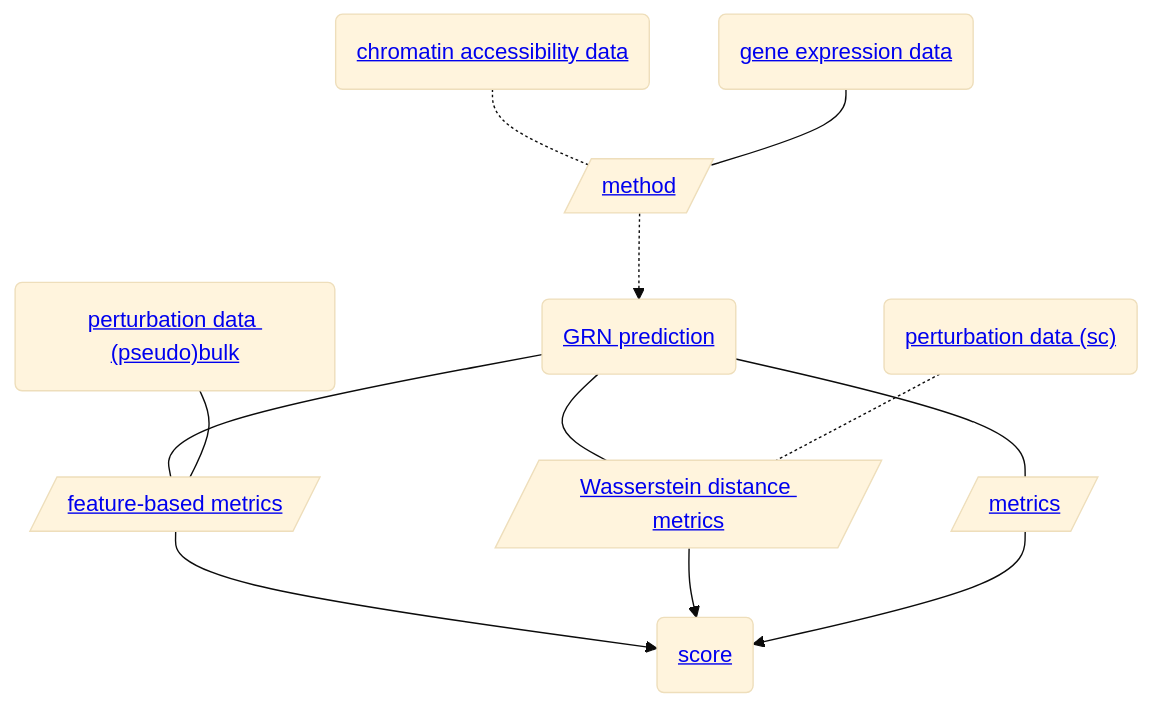
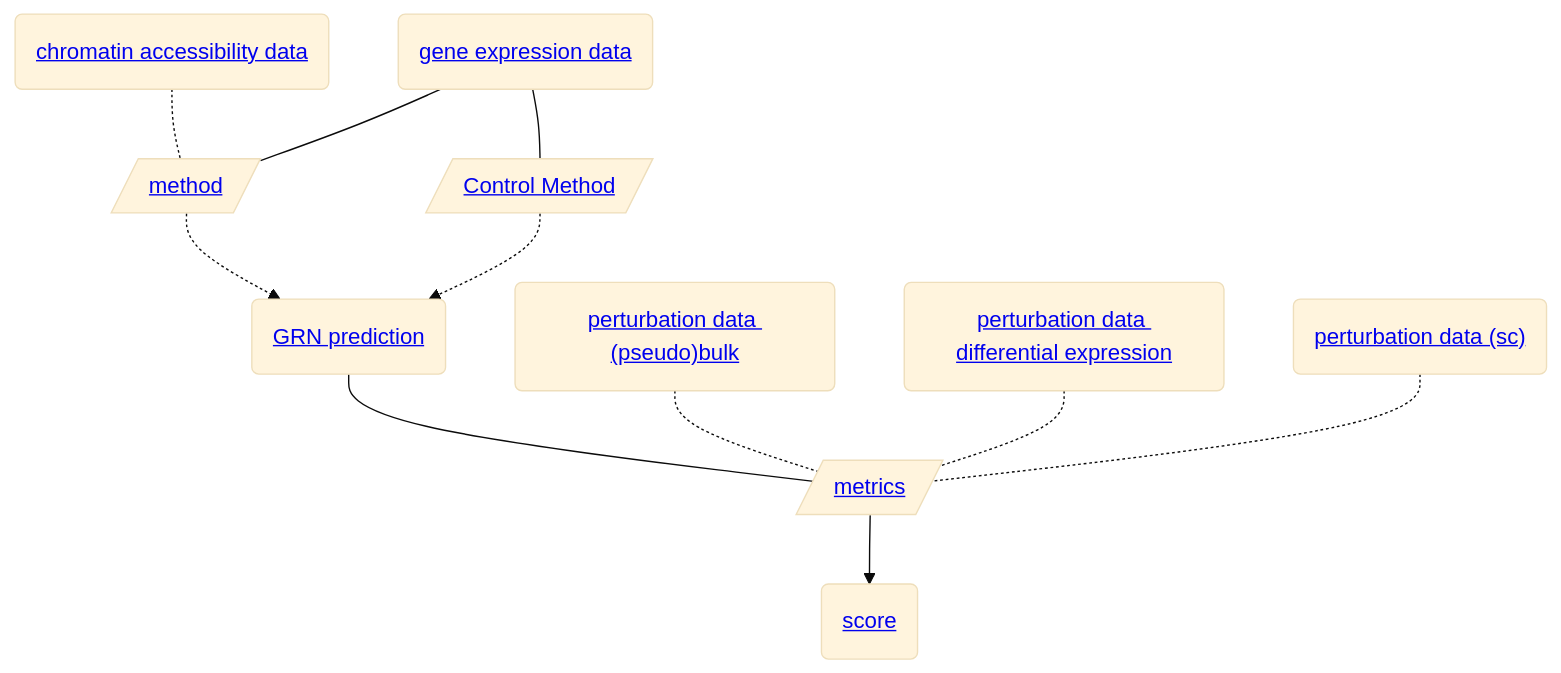
Before and after one commit to openproblems-bio/task_grn_inference: the diagram in README.md, drawn with Mermaid (base theme). The commit also changed other lines of this file and 22 other files, not shown here.

````diff
--- a/README.md
+++ b/README.md
@@ -119,24 +60,23 @@
 ``` mermaid
 flowchart TB
   file_atac_h5ad("<a href='https://github.com/openproblems-bio/task_grn_inference#file-format-chromatin-accessibility-data'>chromatin accessibility data</a>")
   comp_method[/"<a href='https://github.com/openproblems-bio/task_grn_inference#component-type-method'>method</a>"/]
   file_prediction_h5ad("<a href='https://github.com/openproblems-bio/task_grn_inference#file-format-grn-prediction'>GRN prediction</a>")
-  comp_metric_regression[/"<a href='https://github.com/openproblems-bio/task_grn_inference#component-type-feature-based-metrics'>feature-based metrics</a>"/]
-  comp_metric_ws[/"<a href='https://github.com/openproblems-bio/task_grn_inference#component-type-wasserstein-distance-metrics'>Wasserstein distance metrics</a>"/]
   comp_metric[/"<a href='https://github.com/openproblems-bio/task_grn_inference#component-type-metrics'>metrics</a>"/]
   file_score_h5ad("<a href='https://github.com/openproblems-bio/task_grn_inference#file-format-score'>score</a>")
   file_evaluation_bulk_h5ad("<a href='https://github.com/openproblems-bio/task_grn_inference#file-format-perturbation-data--pseudo-bulk'>perturbation data (pseudo)bulk</a>")
+  file_evaluation_de_h5ad("<a href='https://github.com/openproblems-bio/task_grn_inference#file-format-perturbation-data-differential-expression'>perturbation data differential expression</a>")
   file_evaluation_sc_h5ad("<a href='https://github.com/openproblems-bio/task_grn_inference#file-format-perturbation-data--sc-'>perturbation data (sc)</a>")
   file_rna_h5ad("<a href='https://github.com/openproblems-bio/task_grn_inference#file-format-gene-expression-data'>gene expression data</a>")
+  comp_control_method[/"<a href='https://github.com/openproblems-bio/task_grn_inference#component-type-control-method'>Control Method</a>"/]
   file_atac_h5ad-.-comp_method
   comp_method-.->file_prediction_h5ad
-  file_prediction_h5ad---comp_metric_regression
-  file_prediction_h5ad---comp_metric_ws
   file_prediction_h5ad---comp_metric
-  comp_metric_regression-->file_score_h5ad
-  comp_metric_ws-->file_score_h5ad
   comp_metric-->file_score_h5ad
-  file_evaluation_bulk_h5ad---comp_metric_regression
-  file_evaluation_sc_h5ad-.-comp_metric_ws
+  file_evaluation_bulk_h5ad-.-comp_metric
+  file_evaluation_de_h5ad-.-comp_metric
+  file_evaluation_sc_h5ad-.-comp_metric
   file_rna_h5ad---comp_method
+  file_rna_h5ad---comp_control_method
+  comp_control_method-.->file_prediction_h5ad
 ```
````
